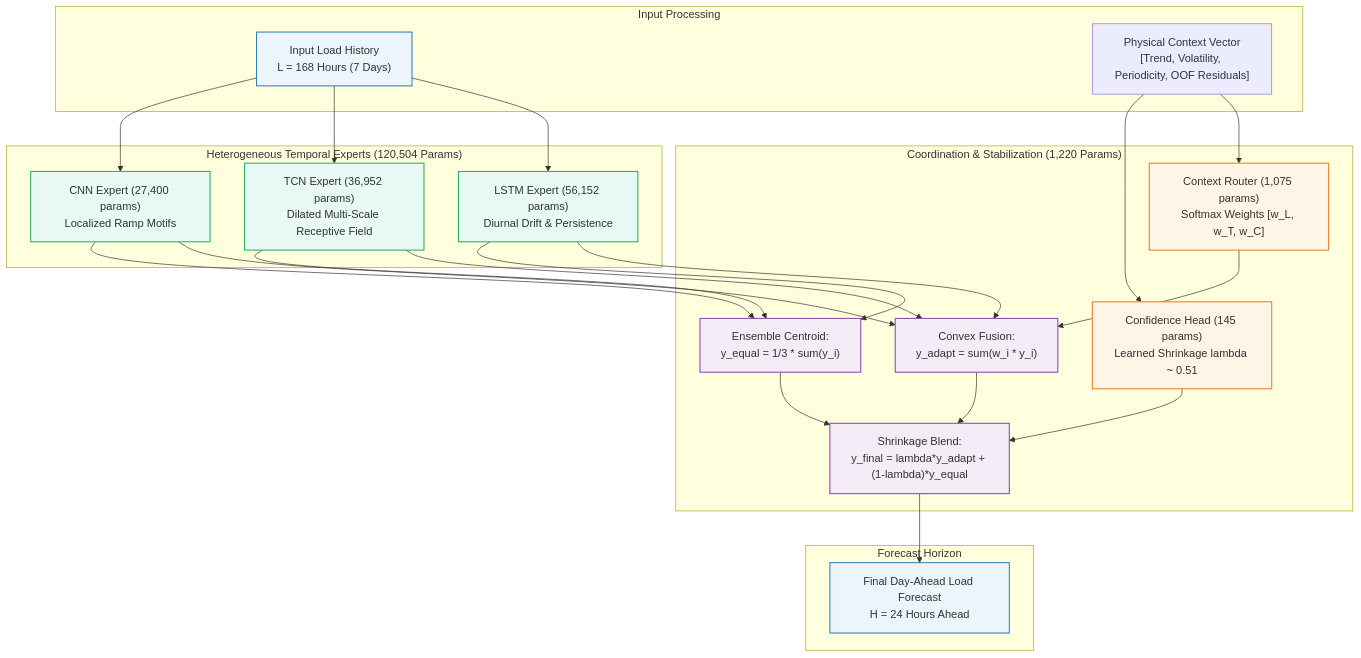
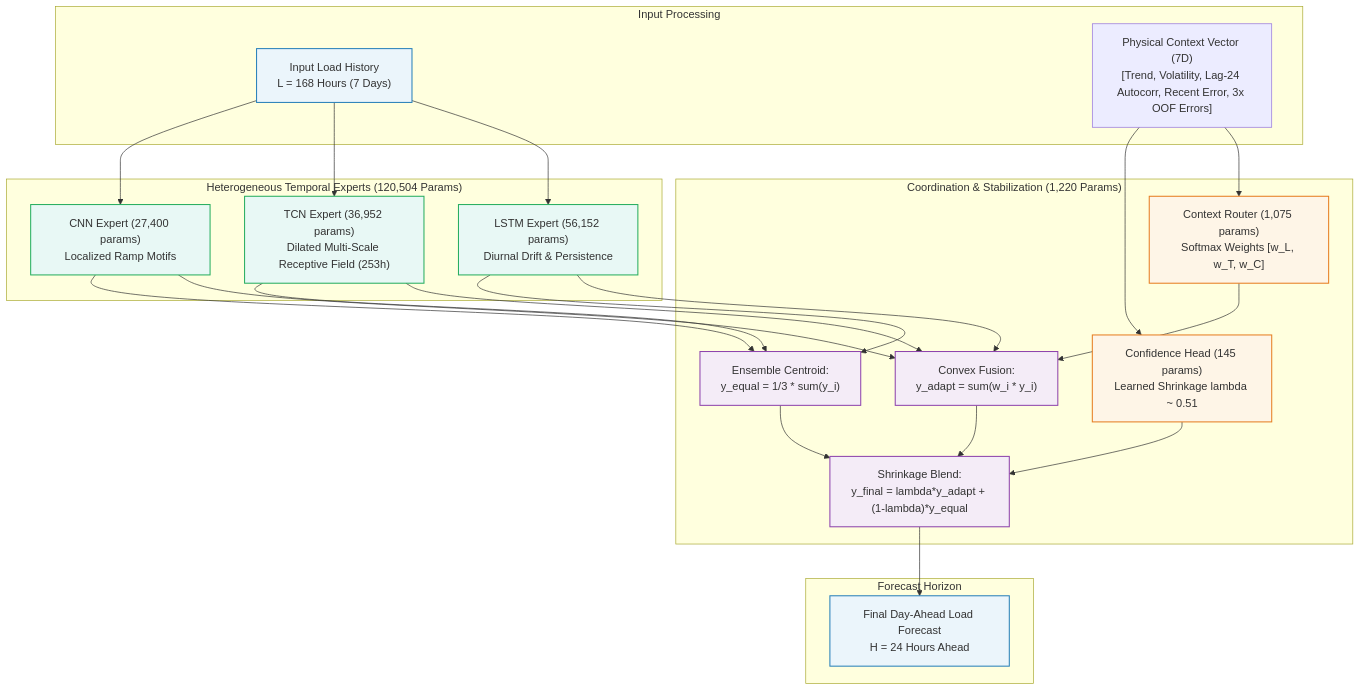
One commit to vinay-0208/CAEGNET changed the diagram in README.md. Above: the diagram before and after it, drawn with Mermaid. The commit also changed other lines of this file and 10 other files, not shown here.

````diff
--- a/README.md
+++ b/README.md
@@ -55,53 +69,53 @@
 ```mermaid
 graph TD
     subgraph Inputs ["Input Processing"]
         X["Input Load History<br/>L = 168 Hours (7 Days)"]
-        Ctx["Physical Context Vector<br/>[Trend, Volatility, Periodicity, OOF Residuals]"]
+        Ctx["Physical Context Vector (7D)<br/>[Trend, Volatility, Lag-24 Autocorr, Recent Error, 3x OOF Errors]"]
     end
 
     subgraph Experts ["Heterogeneous Temporal Experts (120,504 Params)"]
         LSTM["LSTM Expert (56,152 params)<br/>Diurnal Drift & Persistence"]
-        TCN["TCN Expert (36,952 params)<br/>Dilated Multi-Scale Receptive Field"]
+        TCN["TCN Expert (36,952 params)<br/>Dilated Multi-Scale Receptive Field (253h)"]
         CNN["CNN Expert (27,400 params)<br/>Localized Ramp Motifs"]
     end
 
     subgraph Gating ["Coordination & Stabilization (1,220 Params)"]
         Router["Context Router (1,075 params)<br/>Softmax Weights [w_L, w_T, w_C]"]
         AdaptiveComb["Convex Fusion:<br/>y_adapt = sum(w_i * y_i)"]
         Centroid["Ensemble Centroid:<br/>y_equal = 1/3 * sum(y_i)"]
         ConfHead["Confidence Head (145 params)<br/>Learned Shrinkage lambda ~ 0.51"]
         FinalComb["Shrinkage Blend:<br/>y_final = lambda*y_adapt + (1-lambda)*y_equal"]
     end
 
     subgraph Output ["Forecast Horizon"]
         Y["Final Day-Ahead Load Forecast<br/>H = 24 Hours Ahead"]
     end
 
     X --> LSTM
     X --> TCN
     X --> CNN
     Ctx --> Router
     LSTM --> AdaptiveComb
     TCN --> AdaptiveComb
     CNN --> AdaptiveComb
     Router --> AdaptiveComb
 
     LSTM --> Centroid
     TCN --> Centroid
     CNN --> Centroid
 
     AdaptiveComb --> FinalComb
     Centroid --> FinalComb
     Ctx --> ConfHead
     ConfHead --> FinalComb
     FinalComb --> Y
 
     classDef blue fill:#EBF5FB,stroke:#2980B9,stroke-width:1.5px;
     classDef green fill:#E8F8F5,stroke:#27AE60,stroke-width:1.5px;
     classDef orange fill:#FEF5E7,stroke:#E67E22,stroke-width:1.5px;
     classDef purple fill:#F4ECF7,stroke:#8E44AD,stroke-width:1.5px;
     class X,Y blue;
     class LSTM,TCN,CNN green;
     class Router,ConfHead orange;
     class AdaptiveComb,Centroid,FinalComb purple;
 ```
````
